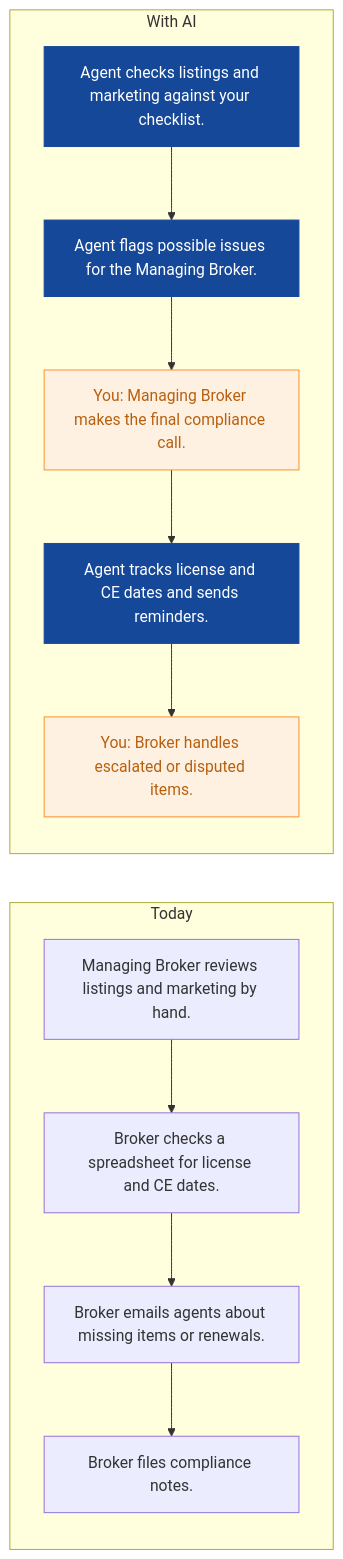
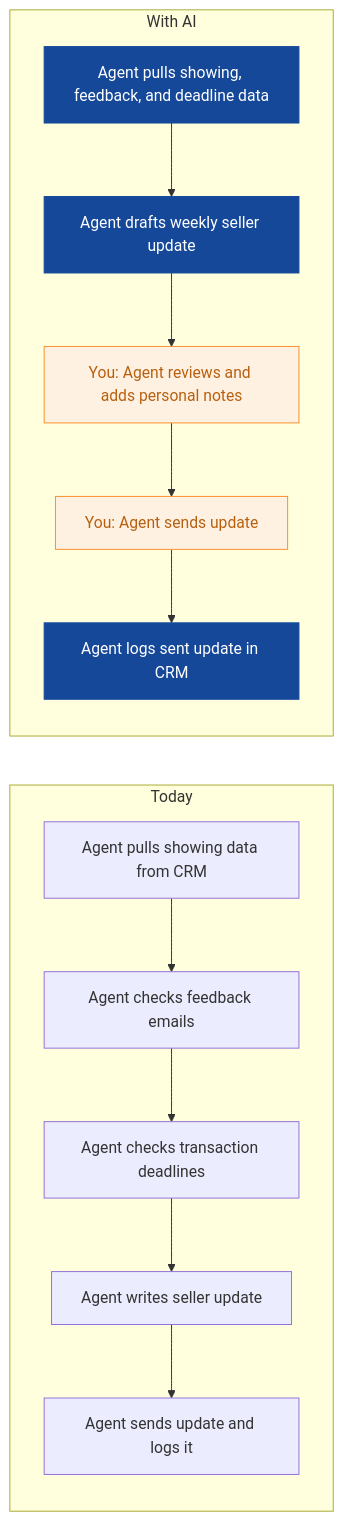
The ninth of 9 diagrams in strategies/northpeak-realty.md (nexibeo/Complete-AI-Strategy), drawn with Mermaid before and after one commit. The commit also changed other lines of this file and 26 other files, not shown here.

````diff
--- a/strategies/northpeak-realty.md
+++ b/strategies/northpeak-realty.md
@@ -239,22 +284,23 @@
 ```mermaid
 flowchart LR
   subgraph Today
-    B0["Managing Broker reviews listings and marketing by hand."]
-    B1["Broker checks a spreadsheet for license and CE dates."]
-    B2["Broker emails agents about missing items or renewals."]
-    B3["Broker files compliance notes."]
-    B0 --> B1 --> B2 --> B3
+    B0["Agent pulls showing data from CRM"]
+    B1["Agent checks feedback emails"]
+    B2["Agent checks transaction deadlines"]
+    B3["Agent writes seller update"]
+    B4["Agent sends update and logs it"]
+    B0 --> B1 --> B2 --> B3 --> B4
   end
   subgraph WithAI[With AI]
-    A0["Agent checks listings and marketing against your checklist."]
-    A1["Agent flags possible issues for the Managing Broker."]
-    A2["You: Managing Broker makes the final compliance call."]
-    A3["Agent tracks license and CE dates and sends reminders."]
-    A4["You: Broker handles escalated or disputed items."]
+    A0["Agent pulls showing, feedback, and deadline data"]
+    A1["Agent drafts weekly seller update"]
+    A2["You: Agent reviews and adds personal notes"]
+    A3["You: Agent sends update"]
+    A4["Agent logs sent update in CRM"]
     A0 --> A1 --> A2 --> A3 --> A4
   end
   classDef ai fill:#154899,color:#fff,stroke:#154899
   classDef human fill:#FFF1E2,color:#B8600F,stroke:#F98F2C
-  class A0,A1,A3 ai
-  class A2,A4 human
+  class A0,A1,A4 ai
+  class A2,A3 human
 ```
````
